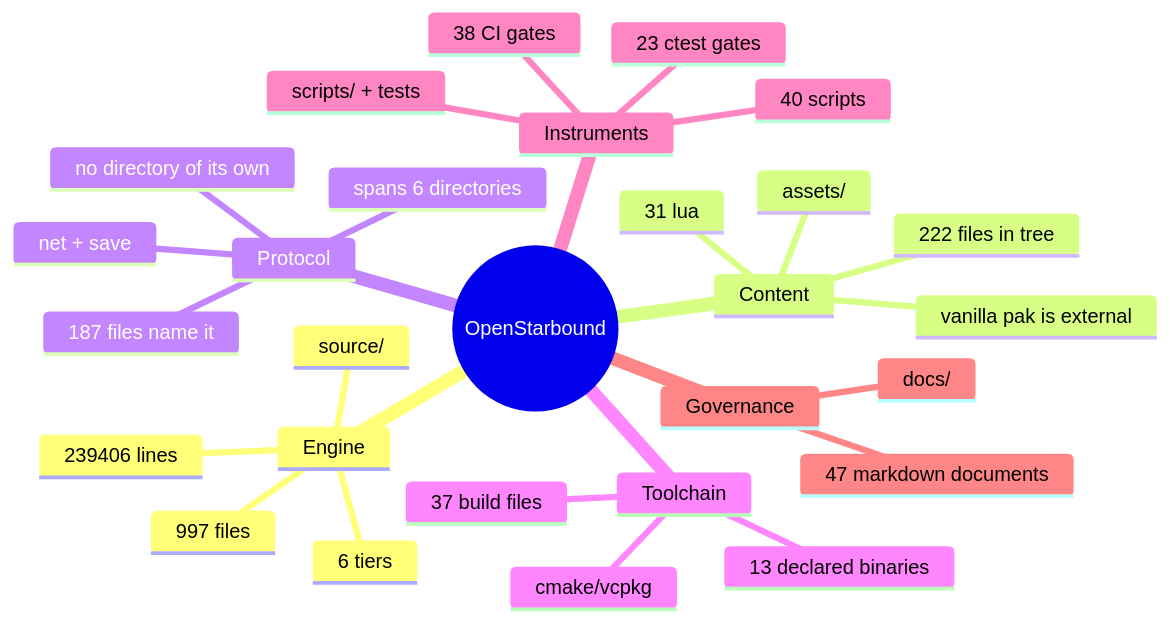
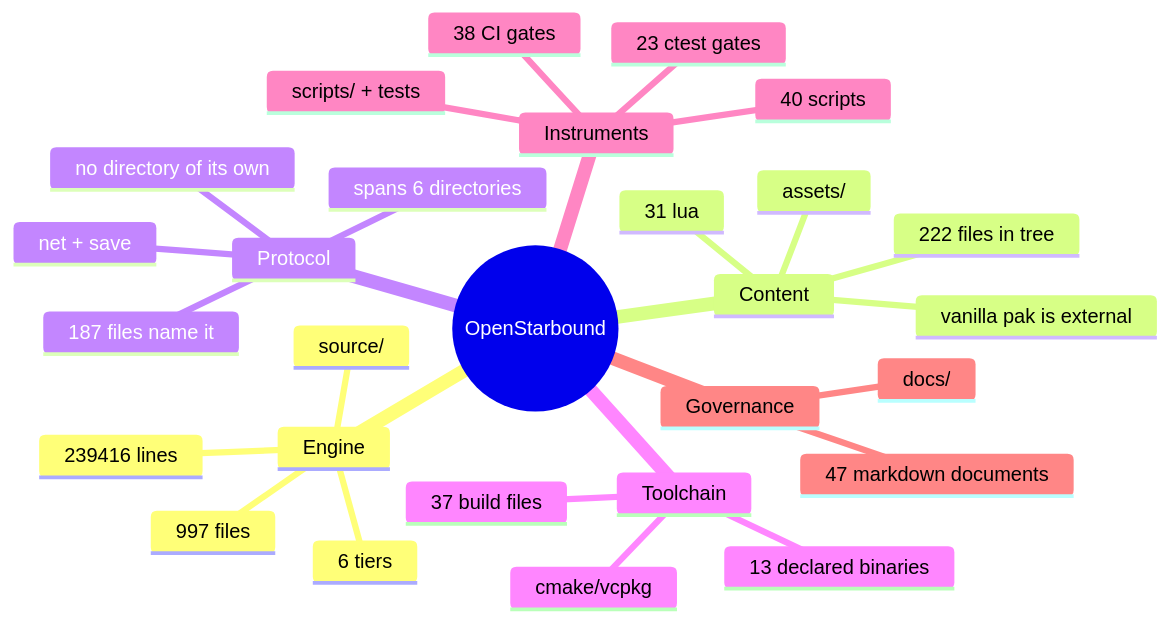
The second of 11 diagrams in docs/architecture/system-boundaries.md (apnex/OpenStarbound), drawn with Mermaid before and after one commit. The commit also changed other lines of this file and 5 other files, not shown here.

````diff
--- a/docs/architecture/system-boundaries.md
+++ b/docs/architecture/system-boundaries.md
@@ -166,31 +166,31 @@
 ```mermaid
 mindmap
   root((OpenStarbound))
     Engine
       source/
       997 files
-      239406 lines
+      239416 lines
       6 tiers
     Content
       assets/
       222 files in tree
       31 lua
       vanilla pak is external
     Protocol
       net + save
       187 files name it
       spans 6 directories
       no directory of its own
     Toolchain
       cmake/vcpkg
       37 build files
       13 declared binaries
     Instruments
       scripts/ + tests
       40 scripts
       23 ctest gates
       38 CI gates
     Governance
       docs/
       47 markdown documents
 ```
````
